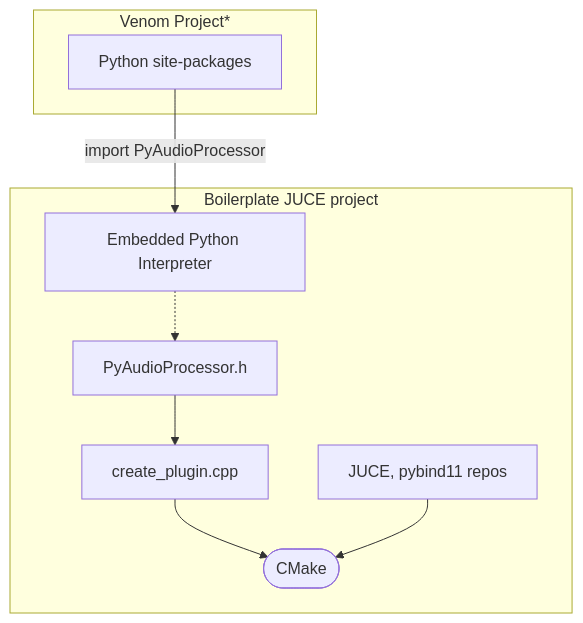
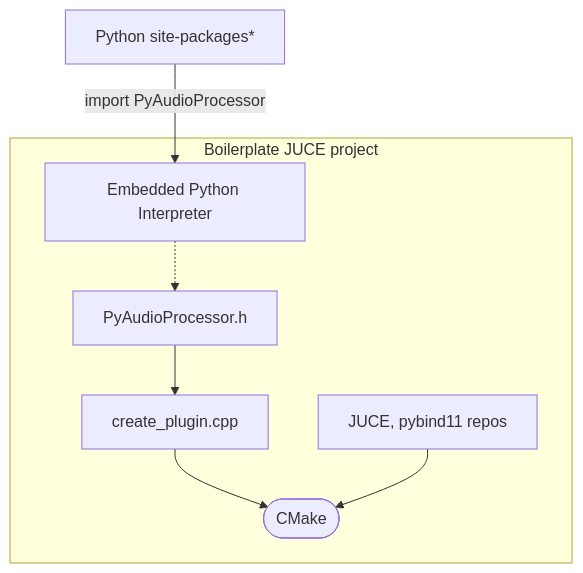
One commit to aszokalski/venom changed the fourth of 4 diagrams in Writerside/topics/Architecture.md. Above: the diagram before and after it, drawn with Mermaid. The commit also changed other lines of this file and 8 other files, not shown here.

````diff
--- a/Writerside/topics/Architecture.md
+++ b/Writerside/topics/Architecture.md
@@ -93,14 +93,13 @@
 ```mermaid
 flowchart TD
 	140590 -->|"import PyAudioProcessor"| 996981["Embedded Python Interpreter\n"]
    	subgraph 292027["Boilerplate JUCE project"]
 		996981 -.-> 184263["PyAudioProcessor.h"]
 		184263 --> 253641["create_plugin.cpp"]
 		253641 --> 747649(["CMake"])
 		988827["JUCE, pybind11 repos\n"] --> 747649
 	end
-	subgraph 691501["Venom Project*"]
-		140590["Python site-packages"]
-	end
+
+	140590["Python site-packages*"]
 
 ```
````
